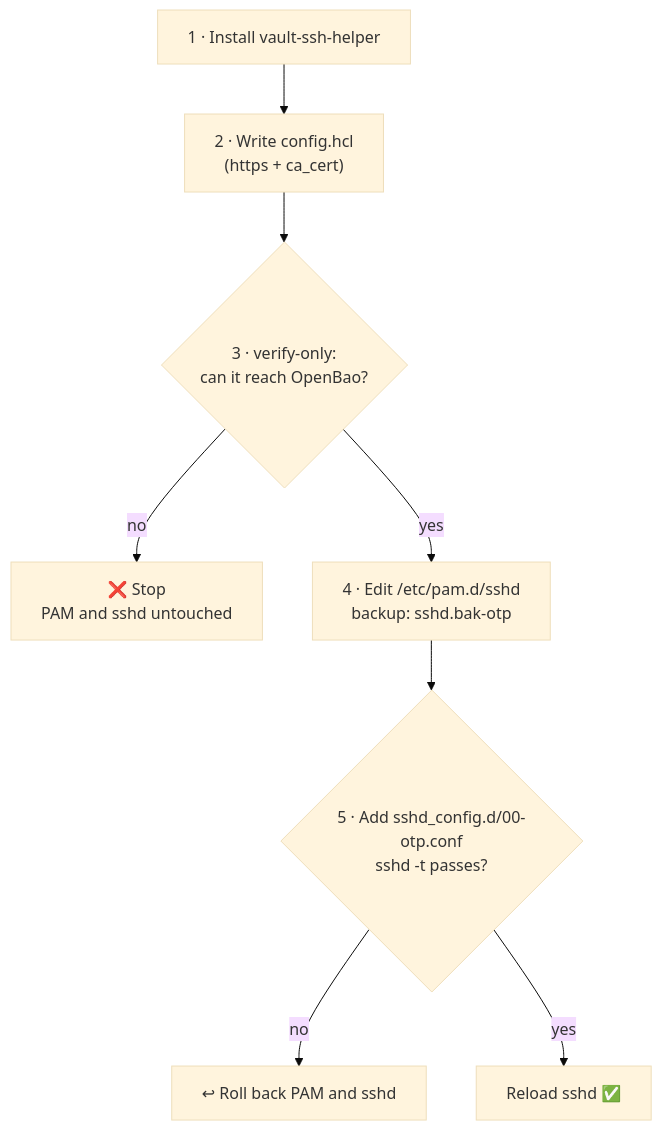
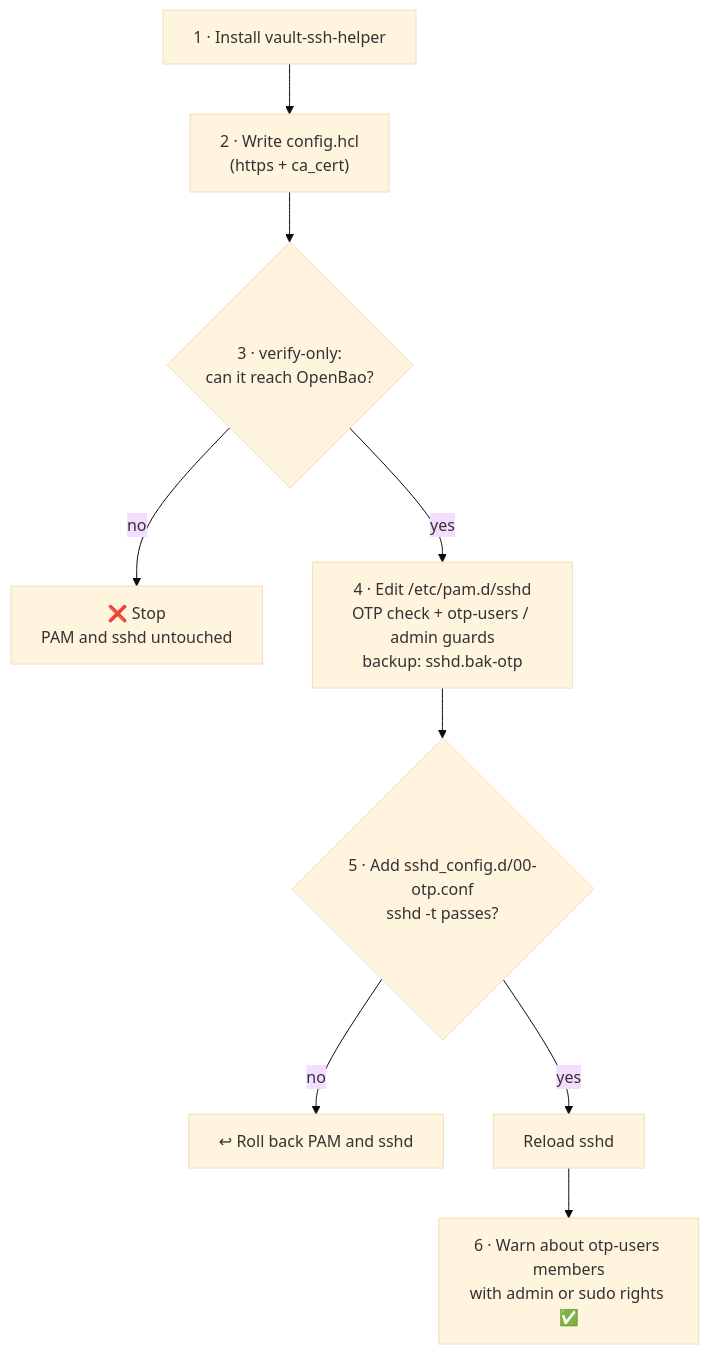
One commit to muthanii/otp-lab changed the diagram in docs/real-server.md. Above: the diagram before and after it, drawn with Mermaid (base theme). The commit also changed other lines of this file and 8 other files, not shown here.

````diff
--- a/docs/real-server.md
+++ b/docs/real-server.md
@@ -14,10 +14,11 @@
 ```mermaid
 flowchart TD
     S1["1 · Install vault-ssh-helper"] --> S2["2 · Write config.hcl<br/>(https + ca_cert)"]
     S2 --> S3{"3 · verify-only:<br/>can it reach OpenBao?"}
     S3 -- no --> STOP1["❌ Stop<br/>PAM and sshd untouched"]
-    S3 -- yes --> S4["4 · Edit /etc/pam.d/sshd<br/>backup: sshd.bak-otp"]
+    S3 -- yes --> S4["4 · Edit /etc/pam.d/sshd<br/>OTP check + otp-users / admin guards<br/>backup: sshd.bak-otp"]
     S4 --> S5{"5 · Add sshd_config.d/00-otp.conf<br/>sshd -t passes?"}
     S5 -- no --> STOP2["↩ Roll back PAM and sshd"]
-    S5 -- yes --> S6["Reload sshd ✅"]
+    S5 -- yes --> S6["Reload sshd"]
+    S6 --> S7["6 · Warn about otp-users members<br/>with admin or sudo rights ✅"]
 ```
````
